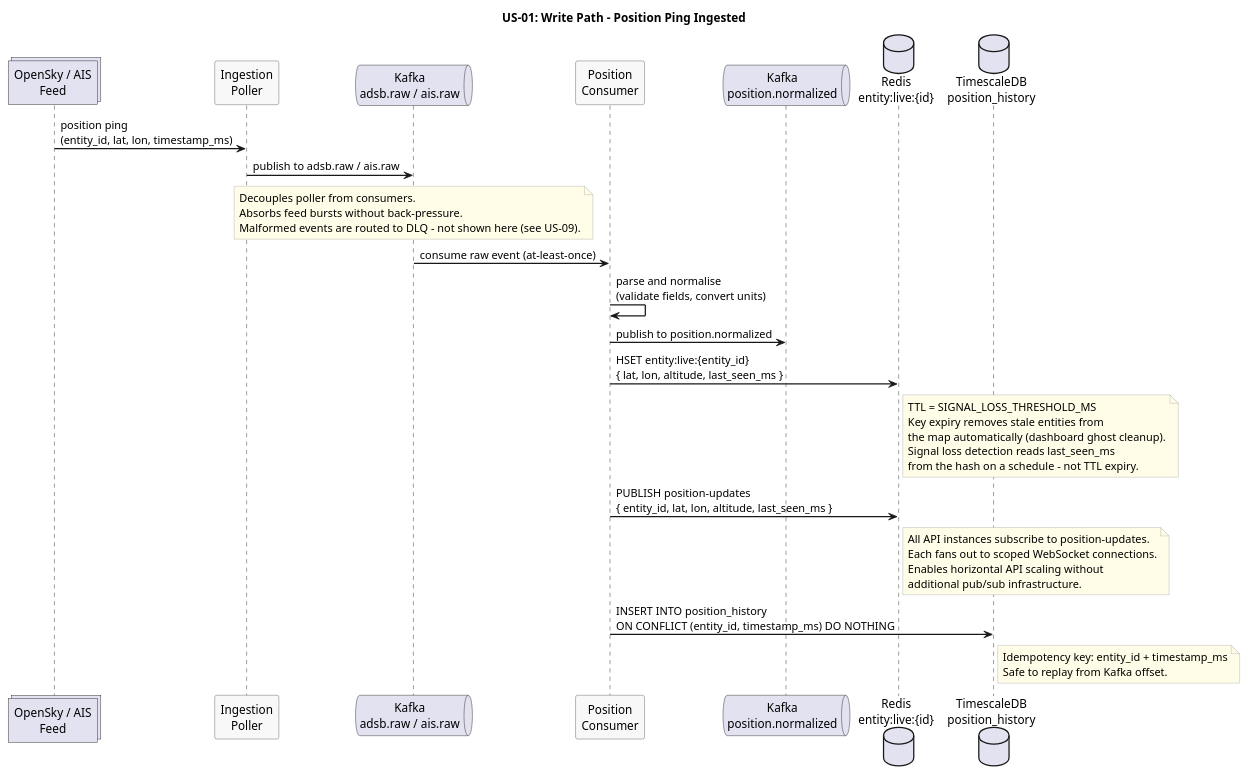
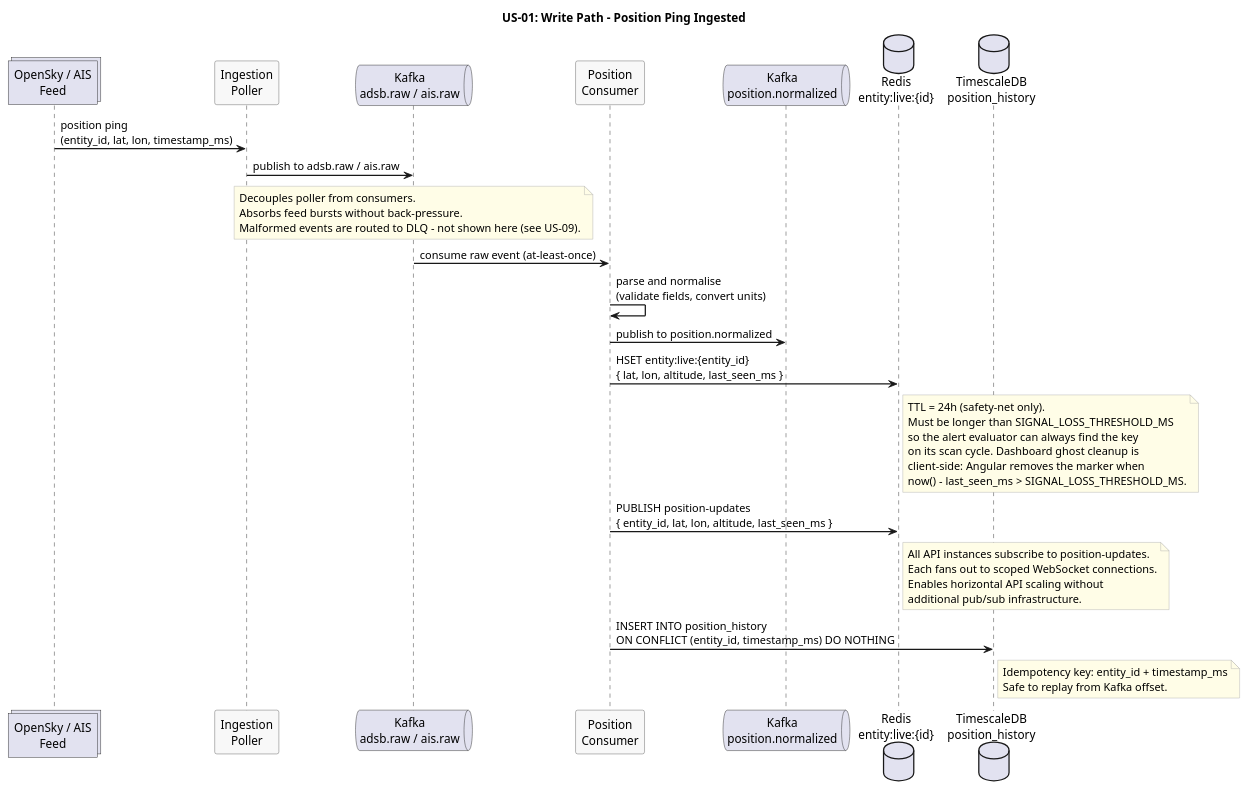
Before and after one commit to Buffden/sentinel: the diagram in docs/use-cases/US-01-live-entity-tracking/write-path.puml, drawn with PlantUML. The commit also changed 14 other files, not shown here.

Commit message:
fix pre-implementation design gaps Signal-loss TTL race: entity:live:{id} O(n²) proximity: correlation worker was scanning all entity:live:* keys for pairwise comparison.

```diff
--- a/docs/use-cases/US-01-live-entity-tracking/write-path.puml
+++ b/docs/use-cases/US-01-live-entity-tracking/write-path.puml
@@ -1,57 +1,58 @@
 @startuml write-path
 title US-01: Write Path - Position Ping Ingested
 
 skinparam sequenceArrowThickness 1.5
 skinparam participantBorderColor #555555
 skinparam participantBackgroundColor #F8F8F8
 skinparam noteBorderColor #AAAAAA
 skinparam noteBackgroundColor #FFFDE7
 
 collections "OpenSky / AIS\nFeed" as Feed
 participant "Ingestion\nPoller" as Poller
 queue "Kafka\nadsb.raw / ais.raw" as KafkaRaw
 participant "Position\nConsumer" as Consumer
 queue "Kafka\nposition.normalized" as KafkaNorm
 database "Redis\nentity:live:{id}" as Redis
 database "TimescaleDB\nposition_history" as TSDB
 
 Feed -> Poller : position ping\n(entity_id, lat, lon, timestamp_ms)
 Poller -> KafkaRaw : publish to adsb.raw / ais.raw
 
 note over KafkaRaw
   Decouples poller from consumers.
   Absorbs feed bursts without back-pressure.
   Malformed events are routed to DLQ - not shown here (see US-09).
 end note
 
 KafkaRaw -> Consumer : consume raw event (at-least-once)
 Consumer -> Consumer : parse and normalise\n(validate fields, convert units)
 Consumer -> KafkaNorm : publish to position.normalized
 
 Consumer -> Redis : HSET entity:live:{entity_id}\n{ lat, lon, altitude, last_seen_ms }
 
 note right of Redis
-  TTL = SIGNAL_LOSS_THRESHOLD_MS
-  Key expiry removes stale entities from
-  the map automatically (dashboard ghost cleanup).
-  Signal loss detection reads last_seen_ms
-  from the hash on a schedule - not TTL expiry.
+  TTL = 24h (safety-net only).
+  Must be longer than SIGNAL_LOSS_THRESHOLD_MS
+  so the alert evaluator can always find the key
+  on its scan cycle. Dashboard ghost cleanup is
+  client-side: Angular removes the marker when
+  now() - last_seen_ms > SIGNAL_LOSS_THRESHOLD_MS.
 end note
 
 Consumer -> Redis : PUBLISH position-updates\n{ entity_id, lat, lon, altitude, last_seen_ms }
 
 note right of Redis
   All API instances subscribe to position-updates.
   Each fans out to scoped WebSocket connections.
   Enables horizontal API scaling without
   additional pub/sub infrastructure.
 end note
 
 Consumer -> TSDB : INSERT INTO position_history\nON CONFLICT (entity_id, timestamp_ms) DO NOTHING
 
 note right of TSDB
   Idempotency key: entity_id + timestamp_ms
   Safe to replay from Kafka offset.
 end note
 
 @enduml
```
